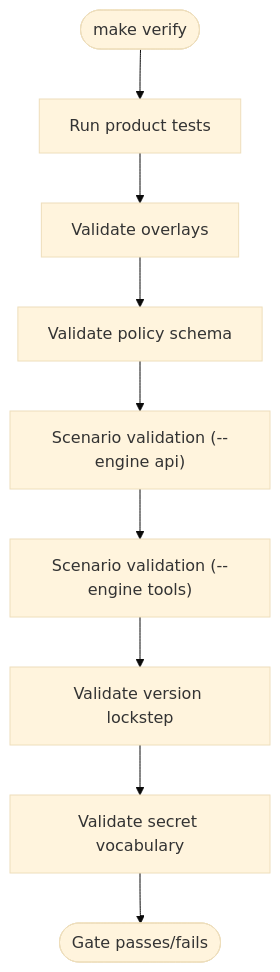
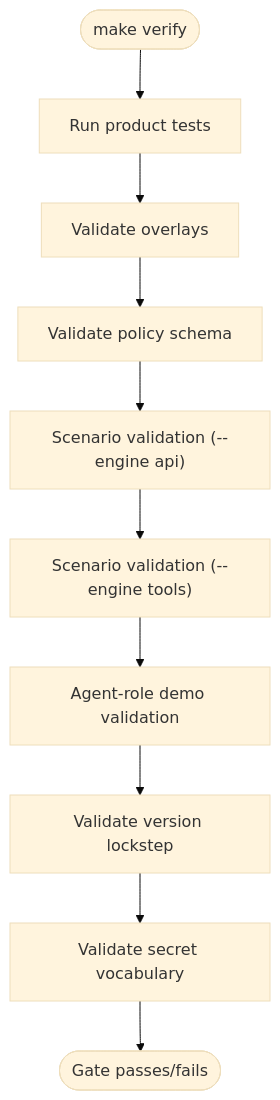
Before and after one commit to metasync/luban-aiops: the third of 4 diagrams in .qoder/repowiki/en/content/Security and Authorization/Authorization Policies/Policy Testing and Scenarios.md, drawn with Mermaid (base theme). The commit also changed other lines of this file and 128 other files, not shown here.

````diff
--- a/.qoder/repowiki/en/content/Security and Authorization/Authorization Policies/Policy Testing and Scenarios.md
+++ b/.qoder/repowiki/en/content/Security and Authorization/Authorization Policies/Policy Testing and Scenarios.md
@@ -152,11 +173,12 @@
 ```mermaid
 flowchart TD
 Start(["make verify"]) --> Tests["Run product tests"]
 Tests --> Overlays["Validate overlays"]
 Overlays --> Schema["Validate policy schema"]
 Schema --> ScenAPI["Scenario validation (--engine api)"]
 ScenAPI --> ScenTools["Scenario validation (--engine tools)"]
-ScenTools --> Version["Validate version lockstep"]
+ScenTools --> AgentRole["Agent-role demo validation"]
+AgentRole --> Version["Validate version lockstep"]
 Version --> SecretVocab["Validate secret vocabulary"]
 SecretVocab --> End(["Gate passes/fails"])
 ```
````
